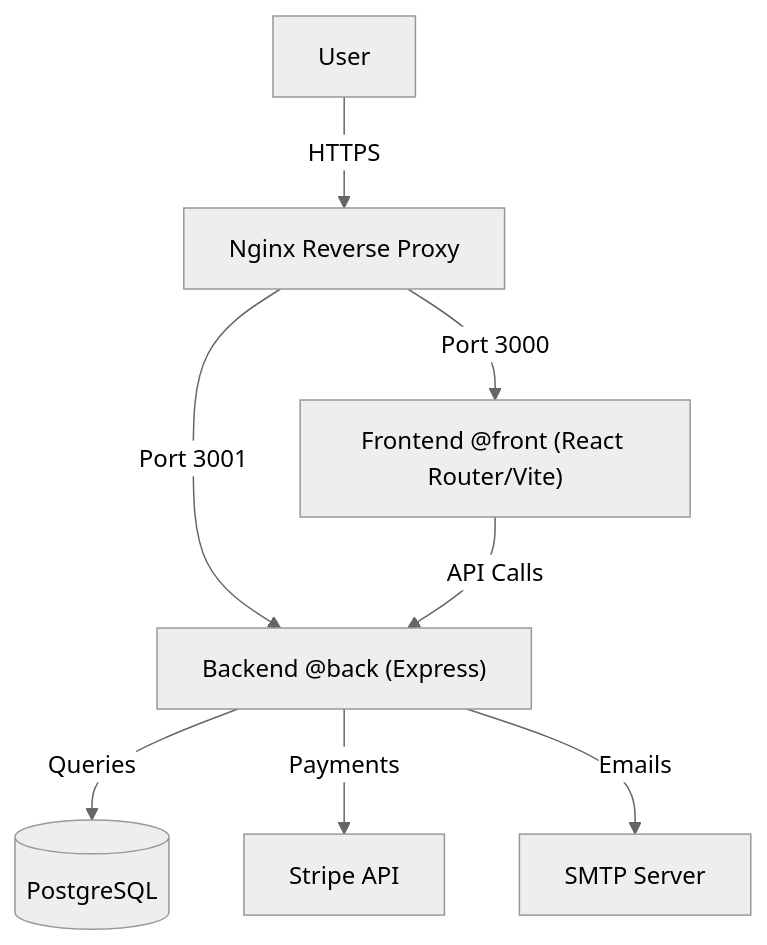
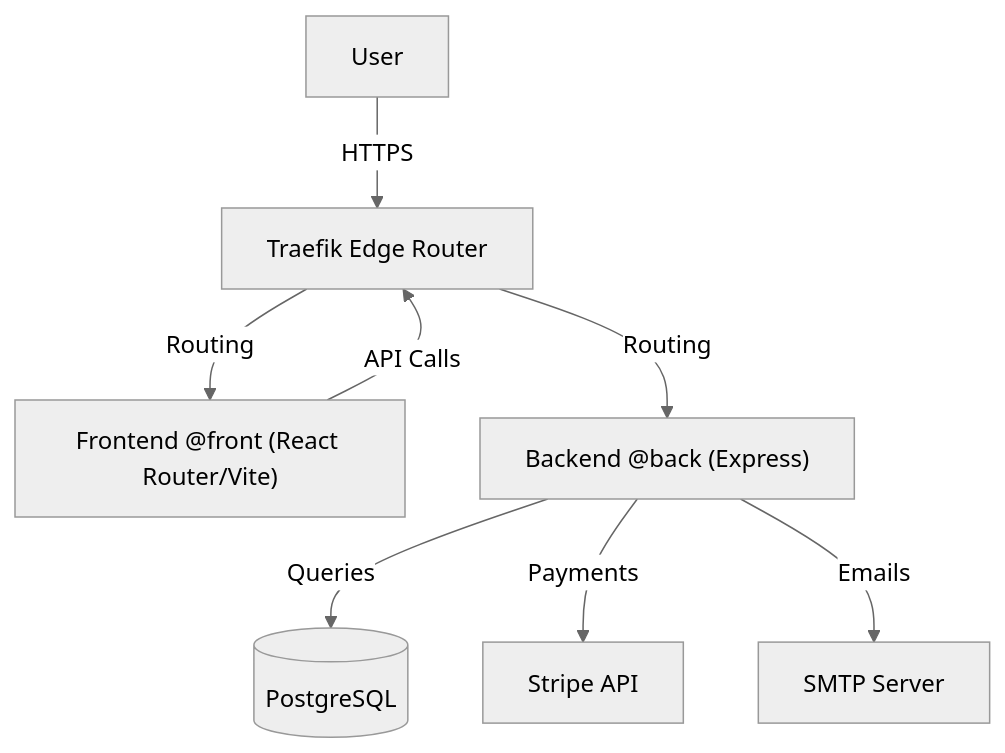
One commit to adam-benyekkou/greenroots-ecom changed the diagram in README.md. Above: the diagram before and after it, drawn with Mermaid (neutral theme). The commit also changed other lines of this file, not shown here.

Commit message:
docs: restore full project presentation and Traefik diagram after revert

````diff
--- a/README.md
+++ b/README.md
@@ -7,10 +27,10 @@
 ```mermaid
 graph TD
-    User[User] -->|HTTPS| Nginx[Nginx Reverse Proxy]
-    Nginx -->|Port 3000| Front["Frontend @front (React Router/Vite)"]
-    Nginx -->|Port 3001| Back["Backend @back (Express)"]
-    Front -->|API Calls| Back
+    User[User] -->|HTTPS| Traefik[Traefik Edge Router]
+    Traefik -->|Routing| Front["Frontend @front (React Router/Vite)"]
+    Traefik -->|Routing| Back["Backend @back (Express)"]
+    Front -->|API Calls| Traefik
     Back -->|Queries| DB[(PostgreSQL)]
     Back -->|Payments| Stripe[Stripe API]
     Back -->|Emails| SMTP[SMTP Server]
 ```
````
